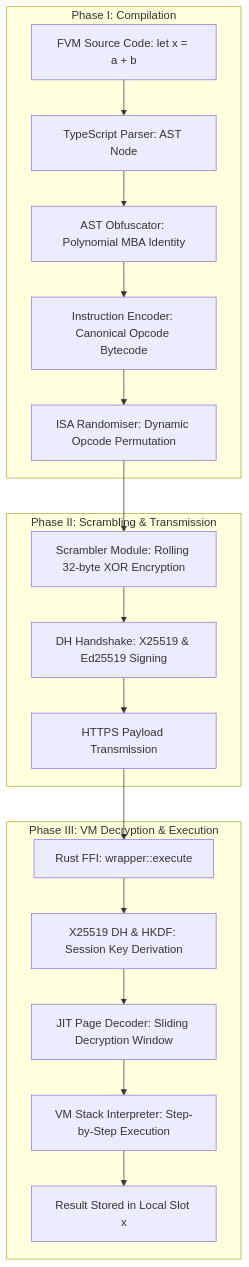
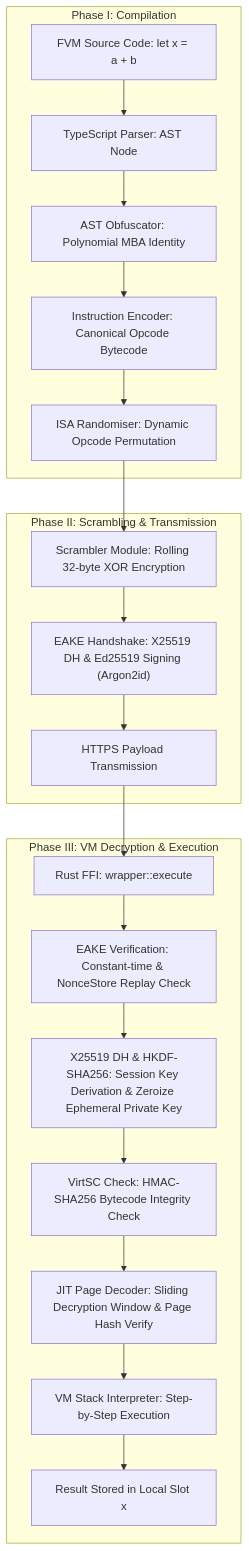
One commit to lkeld/fortress-wasm changed the fifth of 5 diagrams in ARCHITECTURE.md. Above: the diagram before and after it, drawn with Mermaid. The commit also changed other lines of this file and 7 other files, not shown here.

````diff
--- a/ARCHITECTURE.md
+++ b/ARCHITECTURE.md
@@ -97,23 +105,25 @@
 ```mermaid
 flowchart TD
     subgraph "Phase I: Compilation"
         A["FVM Source Code: let x = a + b"] --> B["TypeScript Parser: AST Node"]
         B --> C["AST Obfuscator: Polynomial MBA Identity"]
         C --> D["Instruction Encoder: Canonical Opcode Bytecode"]
         D --> E["ISA Randomiser: Dynamic Opcode Permutation"]
     end
 
     subgraph "Phase II: Scrambling & Transmission"
         E --> F["Scrambler Module: Rolling 32-byte XOR Encryption"]
-        F --> G["DH Handshake: X25519 & Ed25519 Signing"]
+        F --> G["EAKE Handshake: X25519 DH & Ed25519 Signing (Argon2id)"]
         G --> H["HTTPS Payload Transmission"]
     end
 
     subgraph "Phase III: VM Decryption & Execution"
         H --> I["Rust FFI: wrapper::execute"]
-        I --> J["X25519 DH & HKDF: Session Key Derivation"]
-        J --> K["JIT Page Decoder: Sliding Decryption Window"]
-        K --> L["VM Stack Interpreter: Step-by-Step Execution"]
-        L --> M["Result Stored in Local Slot x"]
+        I --> J["EAKE Verification: Constant-time & NonceStore Replay Check"]
+        J --> K["X25519 DH & HKDF-SHA256: Session Key Derivation & Zeroize Ephemeral Private Key"]
+        K --> L["VirtSC Check: HMAC-SHA256 Bytecode Integrity Check"]
+        L --> M["JIT Page Decoder: Sliding Decryption Window & Page Hash Verify"]
+        M --> N["VM Stack Interpreter: Step-by-Step Execution"]
+        N --> O["Result Stored in Local Slot x"]
     end
 ```
````
